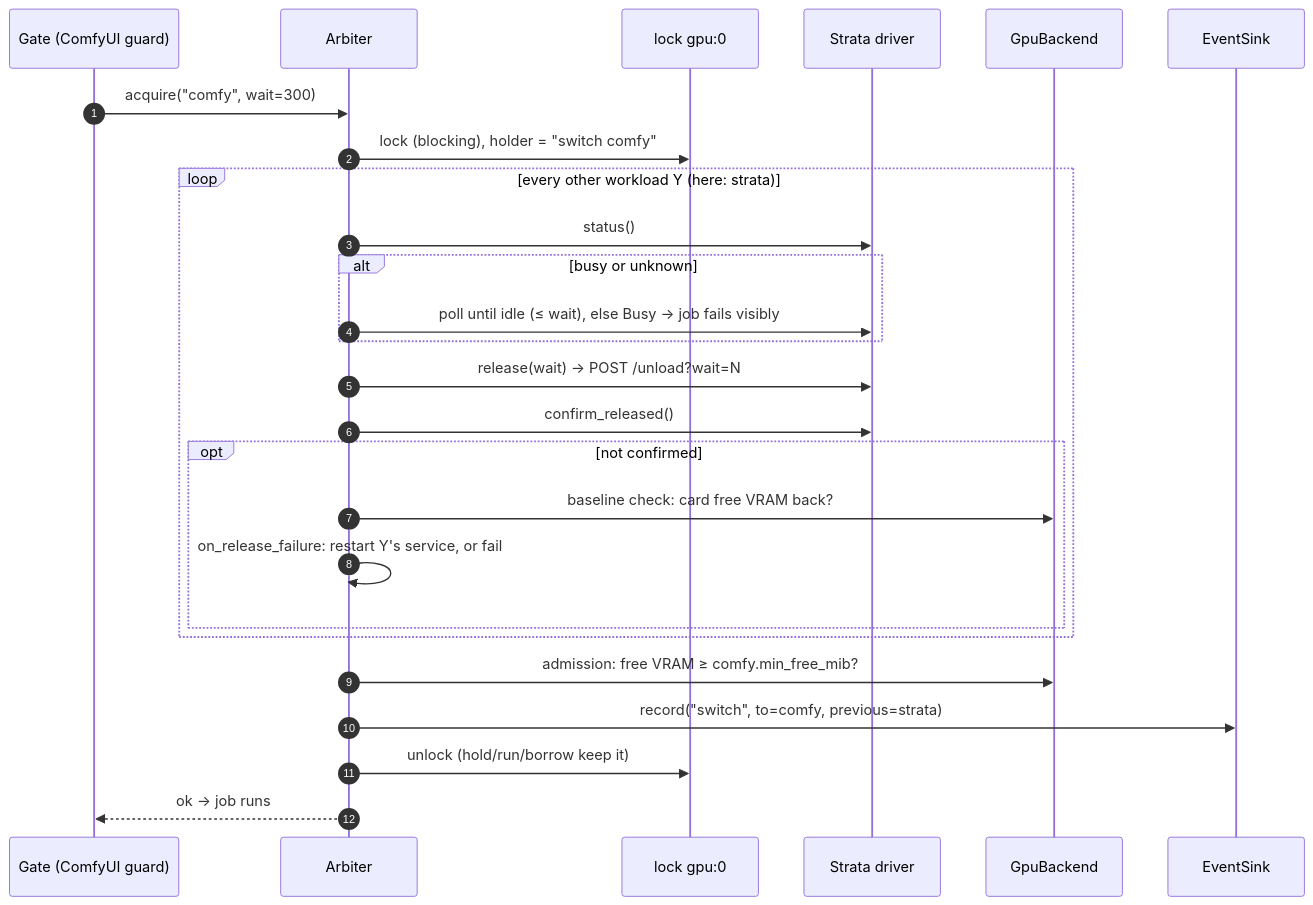
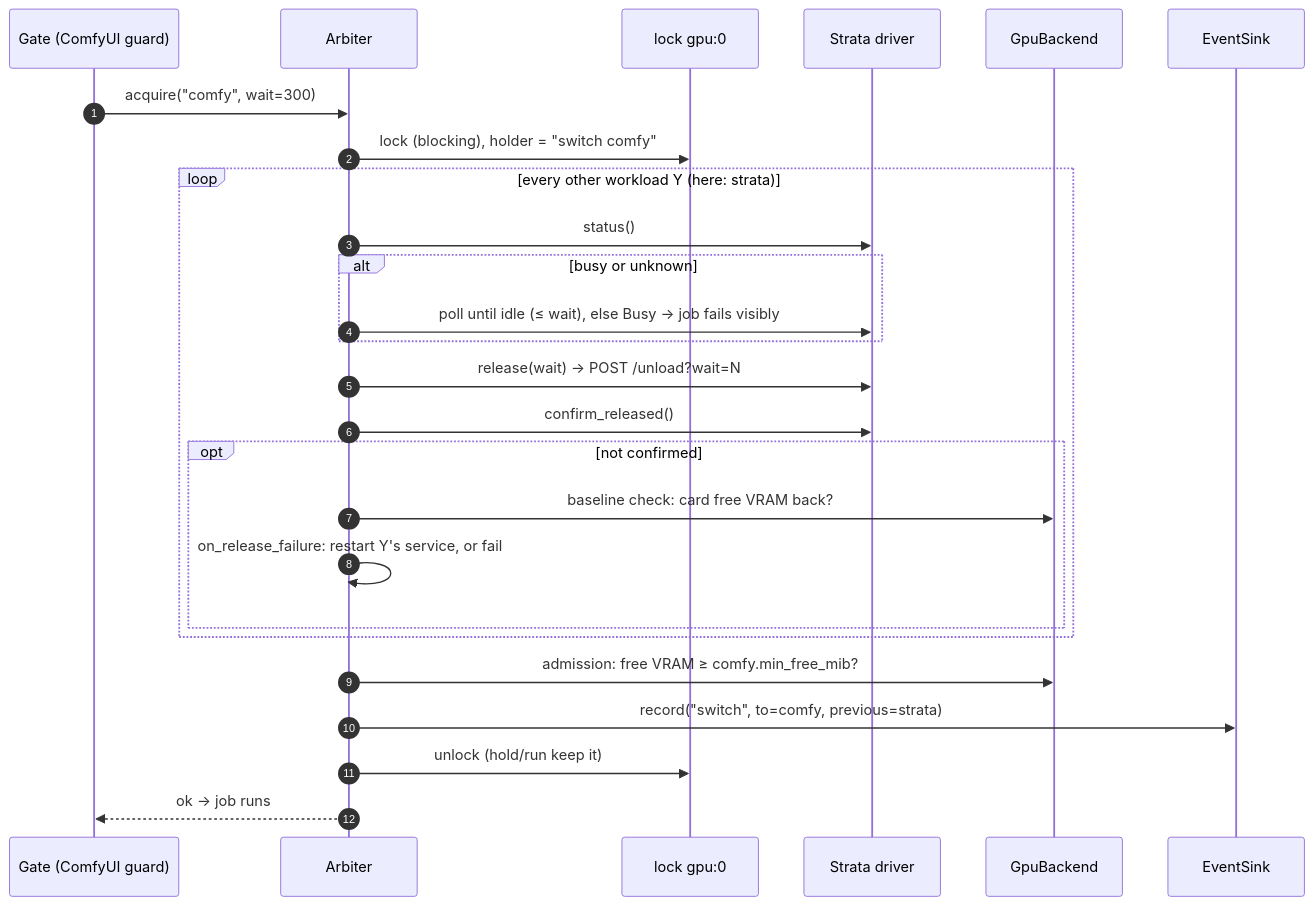
Before and after one commit to wandermyz/wandering-vibe: the third of 4 diagrams in gpu-workload/docs/plans/2026-10-14-vhotseat.md, drawn with Mermaid. The commit also changed other lines of this file, not shown here.

````diff
--- a/gpu-workload/docs/plans/2026-10-14-vhotseat.md
+++ b/gpu-workload/docs/plans/2026-10-14-vhotseat.md
@@ -151,29 +157,29 @@
 ```mermaid
 sequenceDiagram
     autonumber
     participant G as Gate (ComfyUI guard)
     participant A as Arbiter
     participant L as lock gpu:0
     participant S as Strata driver
     participant B as GpuBackend
     participant E as EventSink
 
     G->>A: acquire("comfy", wait=300)
     A->>L: lock (blocking), holder = "switch comfy"
     loop every other workload Y (here: strata)
         A->>S: status()
         alt busy or unknown
             A->>S: poll until idle (≤ wait), else Busy → job fails visibly
         end
         A->>S: release(wait) → POST /unload?wait=N
         A->>S: confirm_released()
         opt not confirmed
             A->>B: baseline check: card free VRAM back?
             A->>A: on_release_failure: restart Y's service, or fail
         end
     end
     A->>B: admission: free VRAM ≥ comfy.min_free_mib?
     A->>E: record("switch", to=comfy, previous=strata)
-    A->>L: unlock (hold/run/borrow keep it)
+    A->>L: unlock (hold/run keep it)
     A-->>G: ok → job runs
 ```
````
